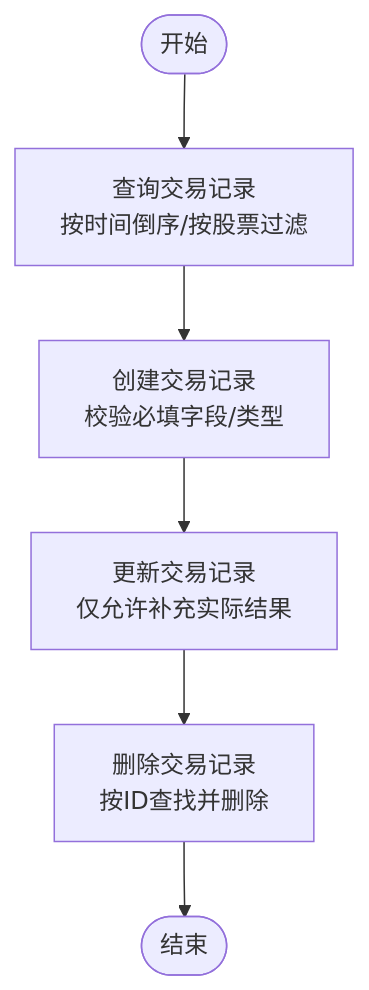
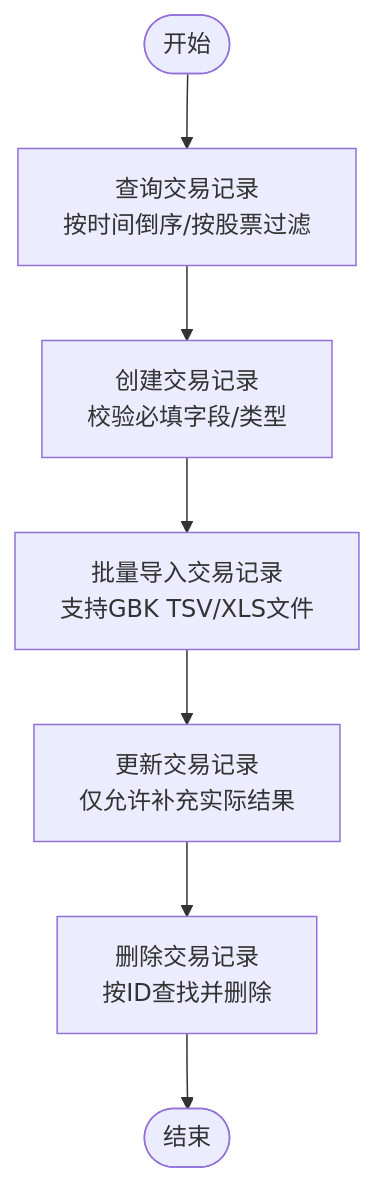
Before and after one commit to Moruime/stock_foker: the fourth of 8 diagrams in .qoder/repowiki/zh/content/核心功能/交易记录管理.md, drawn with Mermaid. The commit also changed other lines of this file and 52 other files, not shown here.

````diff
--- a/.qoder/repowiki/zh/content/核心功能/交易记录管理.md
+++ b/.qoder/repowiki/zh/content/核心功能/交易记录管理.md
@@ -262,8 +218,9 @@
 ```mermaid
 flowchart TD
 Start(["开始"]) --> List["查询交易记录<br/>按时间倒序/按股票过滤"]
 List --> Create["创建交易记录<br/>校验必填字段/类型"]
-Create --> Update["更新交易记录<br/>仅允许补充实际结果"]
+Create --> Import["批量导入交易记录<br/>支持GBK TSV/XLS文件"]
+Import --> Update["更新交易记录<br/>仅允许补充实际结果"]
 Update --> Delete["删除交易记录<br/>按ID查找并删除"]
 Delete --> End(["结束"])
 ```
````
